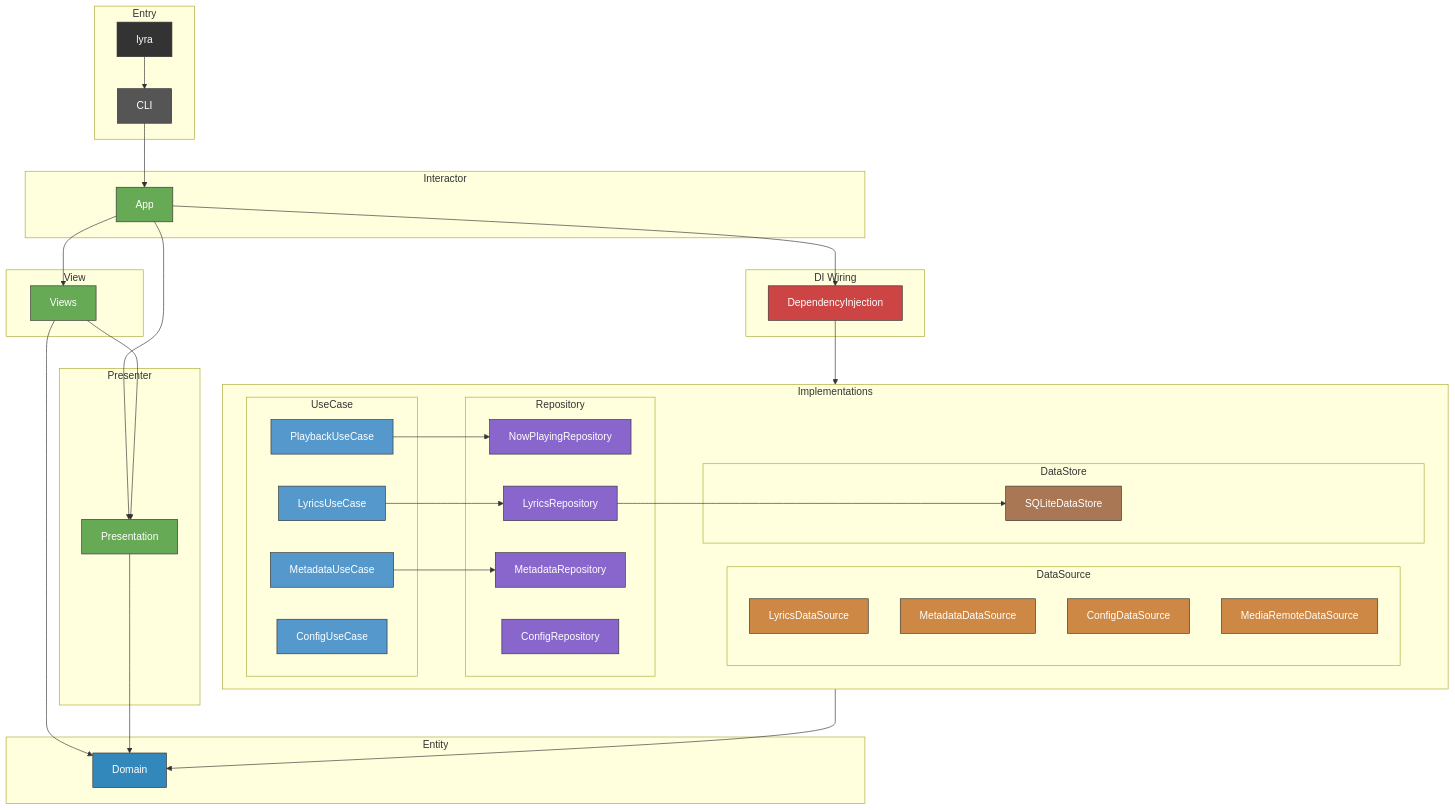
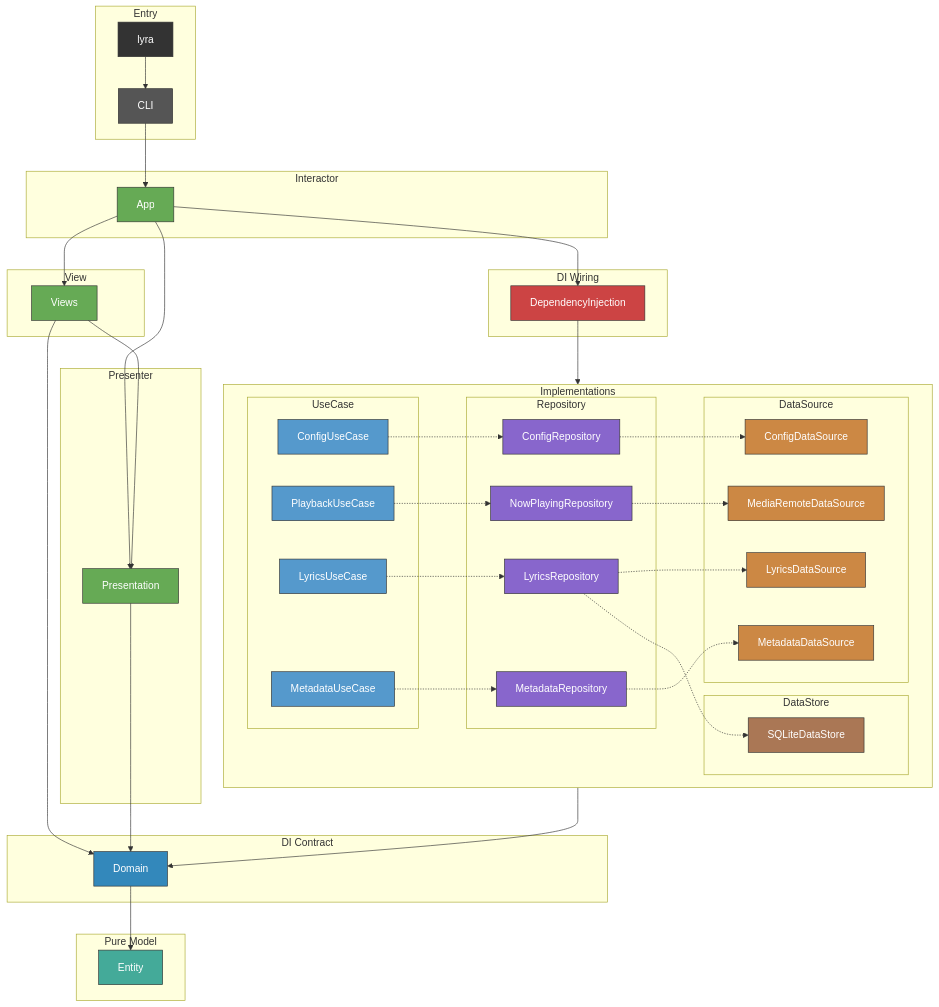
The diagram in CLAUDE.md (GeneralD/lyra), drawn with Mermaid before and after one commit. The commit also changed other lines of this file and 31 other files, not shown here.

First line of the commit message:
refactor: split Domain into Entity and Domain modules (#101)

```diff
--- a/CLAUDE.md
+++ b/CLAUDE.md
@@ -42,8 +42,12 @@
         Presentation[Presentation]
     end
 
-    subgraph Entity
+    subgraph DI Contract
         Domain[Domain]
+    end
+
+    subgraph Pure Model
+        Entity[Entity]
     end
 
     subgraph Implementations
@@ -80,10 +84,16 @@
     Views --> Presentation & Domain
     Presentation --> Domain
     Implementations --> Domain
-    PlaybackUseCase --> NowPlayingRepository
-    LyricsUseCase --> LyricsRepository
-    MetadataUseCase --> MetadataRepository
-    LyricsRepository --> SQLiteDataStore
+    Domain --> Entity
+    ConfigUseCase -.-> ConfigRepository
+    ConfigRepository -.-> ConfigDataSource
+    PlaybackUseCase -.-> NowPlayingRepository
+    NowPlayingRepository -.-> MediaRemoteDataSource
+    LyricsUseCase -.-> LyricsRepository
+    LyricsRepository -.-> LyricsDataSource
+    LyricsRepository -.-> SQLiteDataStore
+    MetadataUseCase -.-> MetadataRepository
+    MetadataRepository -.-> MetadataDataSource
 
     style lyra fill:#333,stroke:#333,color:#fff
     style CLI fill:#555,stroke:#333,color:#fff
@@ -91,6 +101,7 @@
     style Views fill:#6a5,stroke:#333,color:#fff
     style Presentation fill:#6a5,stroke:#333,color:#fff
     style DependencyInjection fill:#c44,stroke:#333,color:#fff
+    style Entity fill:#4a9,stroke:#333,color:#fff
     style Domain fill:#38b,stroke:#333,color:#fff
     style ConfigUseCase fill:#59c,stroke:#333,color:#fff
     style PlaybackUseCase fill:#59c,stroke:#333,color:#fff
```
